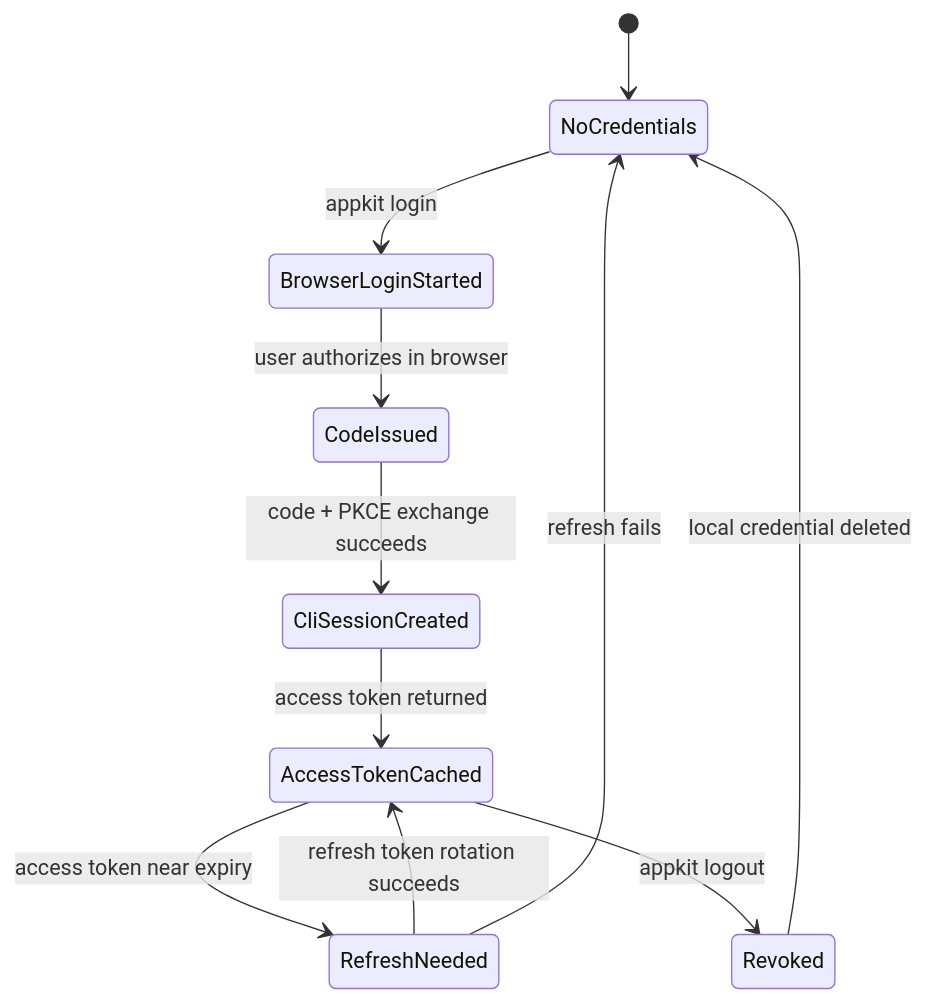
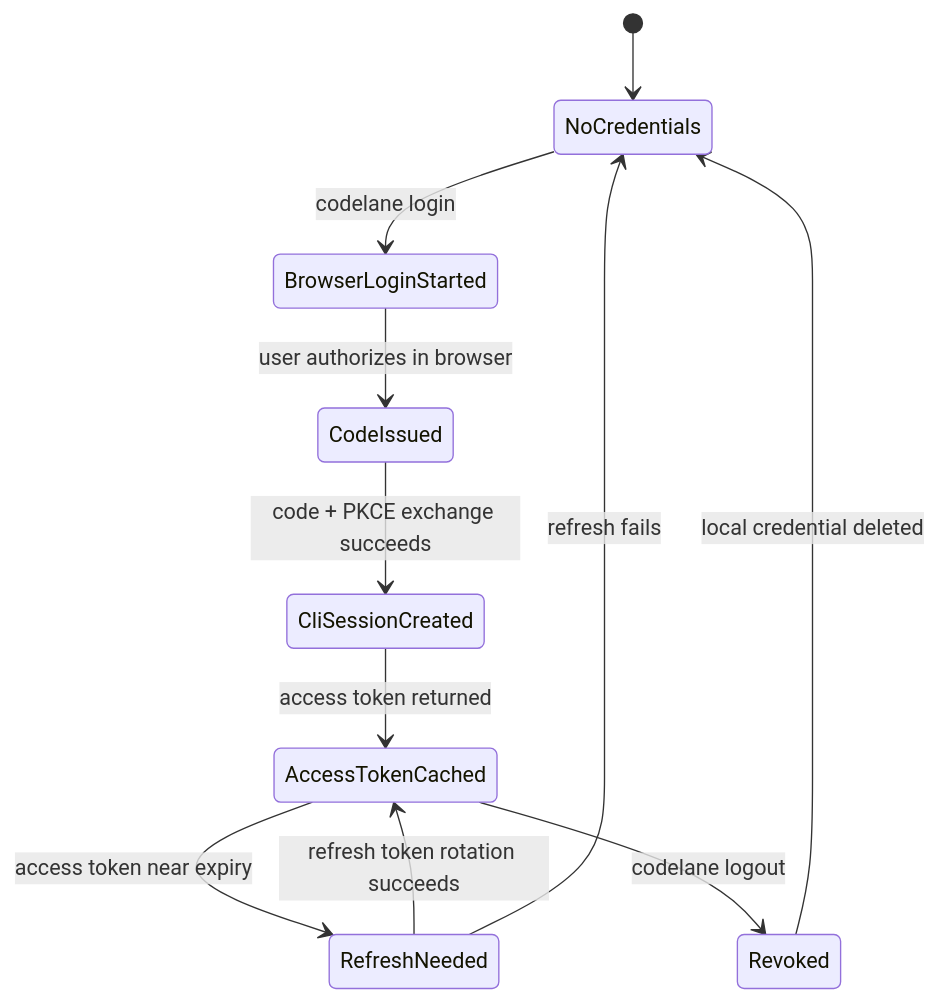
The fourth of 6 diagrams in docs/cli-auth.md (LucaMezz/codelane), drawn with Mermaid before and after one commit. The commit also changed other lines of this file and 96 other files, not shown here.

Commit message:
chore: replace remaining appkit references with codelane

````diff
--- a/docs/cli-auth.md
+++ b/docs/cli-auth.md
@@ -626,13 +626,13 @@
 ```mermaid
 stateDiagram-v2
   [*] --> NoCredentials
-  NoCredentials --> BrowserLoginStarted: appkit login
+  NoCredentials --> BrowserLoginStarted: codelane login
   BrowserLoginStarted --> CodeIssued: user authorizes in browser
   CodeIssued --> CliSessionCreated: code + PKCE exchange succeeds
   CliSessionCreated --> AccessTokenCached: access token returned
   AccessTokenCached --> RefreshNeeded: access token near expiry
   RefreshNeeded --> AccessTokenCached: refresh token rotation succeeds
-  AccessTokenCached --> Revoked: appkit logout
+  AccessTokenCached --> Revoked: codelane logout
   RefreshNeeded --> NoCredentials: refresh fails
   Revoked --> NoCredentials: local credential deleted
 ```
````
